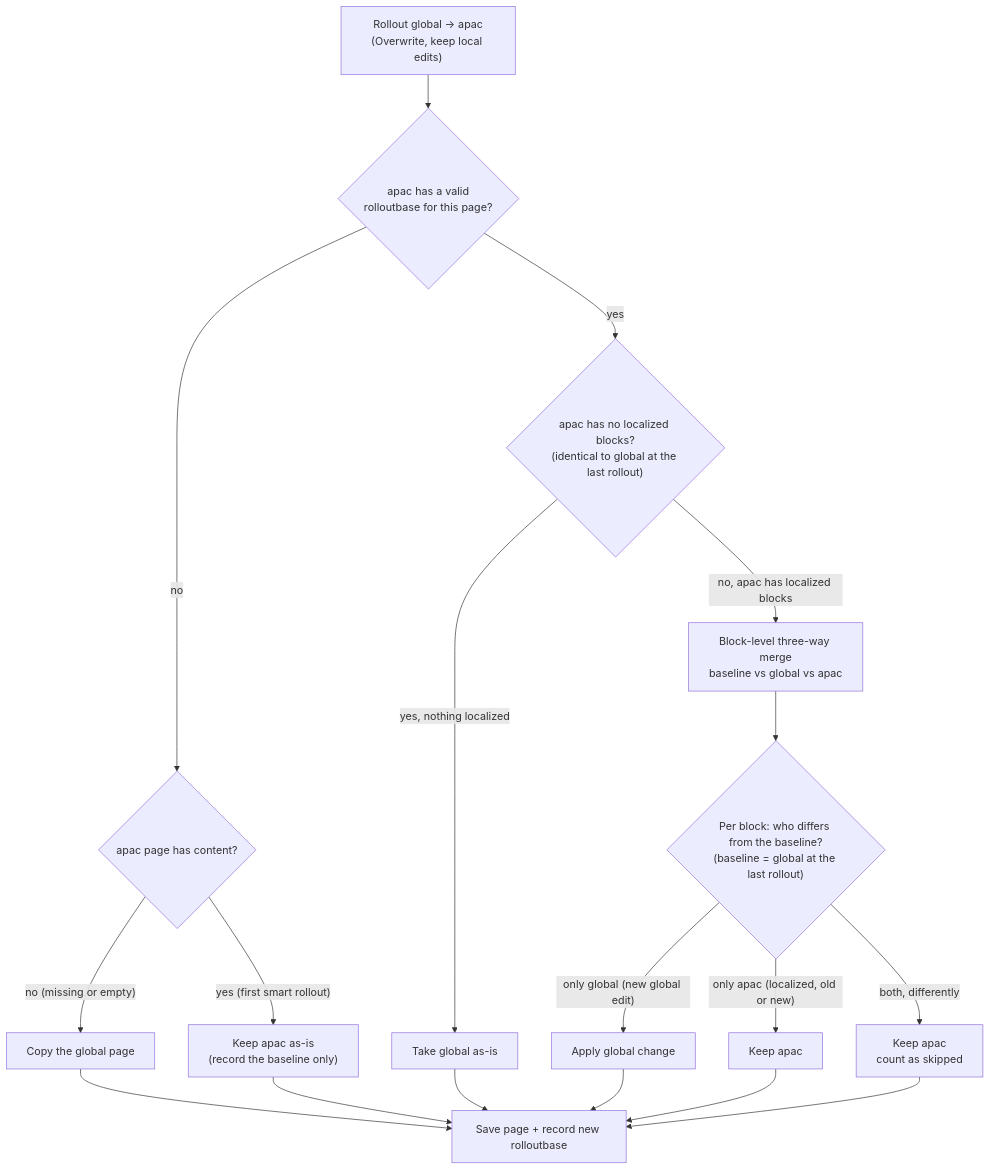
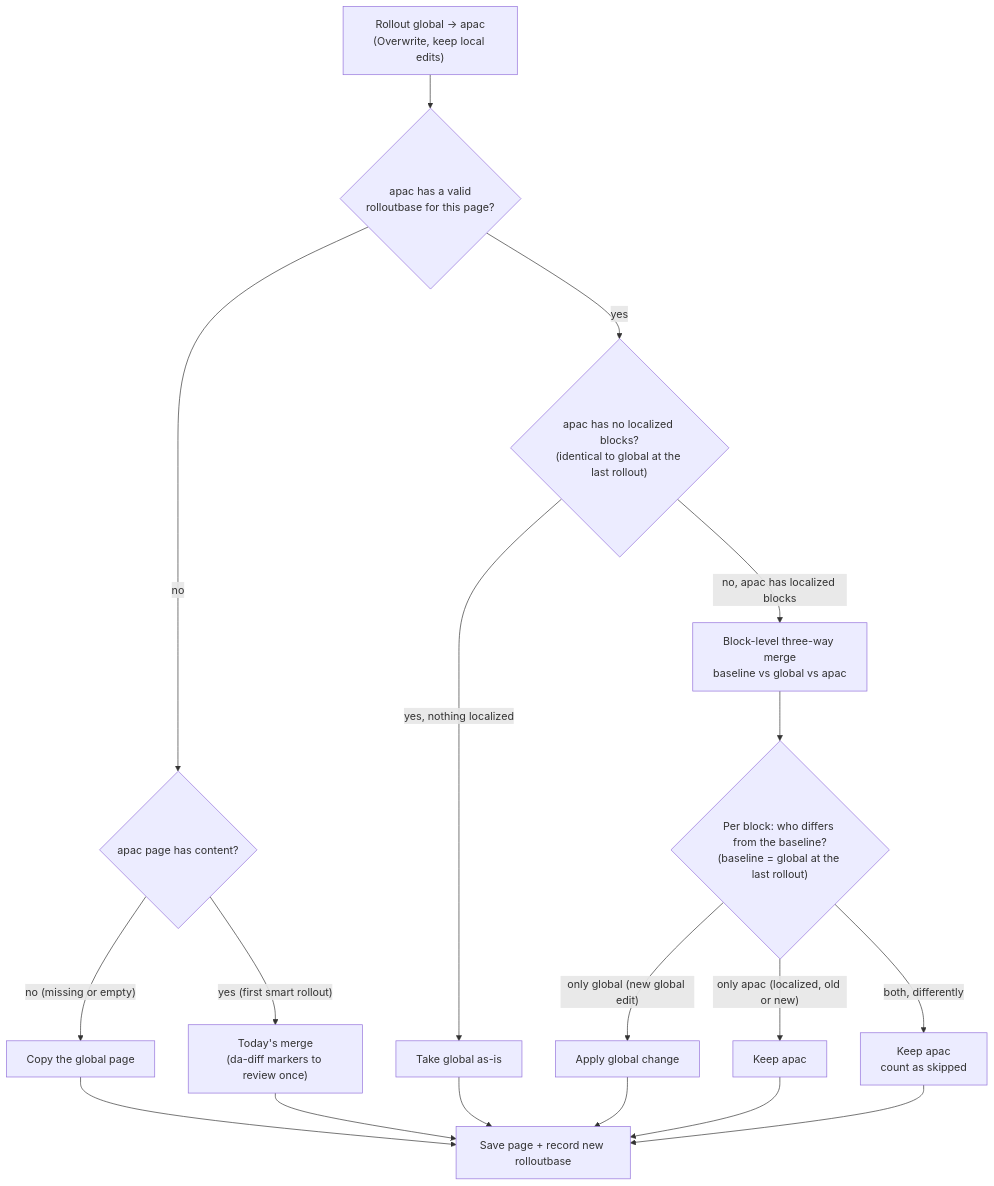
One commit to adobe/da-nx changed the diagram in docs/rollout-smart-overwrite.md. Above: the diagram before and after it, drawn with Mermaid. The commit also changed other lines of this file and 15 other files, not shown here.

First line of the commit message:
feat(loc): first smart rollout is a merge review instead of baseline only

````diff
--- a/docs/rollout-smart-overwrite.md
+++ b/docs/rollout-smart-overwrite.md
@@ -21,20 +21,20 @@
 ```mermaid
 flowchart TD
   start["Rollout global → apac<br/>(Overwrite, keep local edits)"] --> base{"apac has a valid<br/>rolloutbase for this page?"}
   base -- "no" --> exists{"apac page has content?"}
   exists -- "no (missing or empty)" --> copy["Copy the global page"]
-  exists -- "yes (first smart rollout)" --> record["Keep apac as-is<br/>(record the baseline only)"]
+  exists -- "yes (first smart rollout)" --> merge["Today's merge<br/>(da-diff markers to review once)"]
   base -- "yes" --> unchanged{"apac has no localized blocks?<br/>(identical to global at the last rollout)"}
   unchanged -- "yes, nothing localized" --> take["Take global as-is"]
   unchanged -- "no, apac has localized blocks" --> diff3["Block-level three-way merge<br/>baseline vs global vs apac"]
   diff3 --> who{"Per block: who differs from the baseline?<br/>(baseline = global at the last rollout)"}
   who -- "only global (new global edit)" --> apply["Apply global change"]
   who -- "only apac (localized, old or new)" --> keep["Keep apac"]
   who -- "both, differently" --> skip["Keep apac<br/>count as skipped"]
   copy --> save["Save page + record new rolloutbase"]
-  record --> save
+  merge --> save
   take --> save
   apply --> save
   keep --> save
   skip --> save
 ```
````
